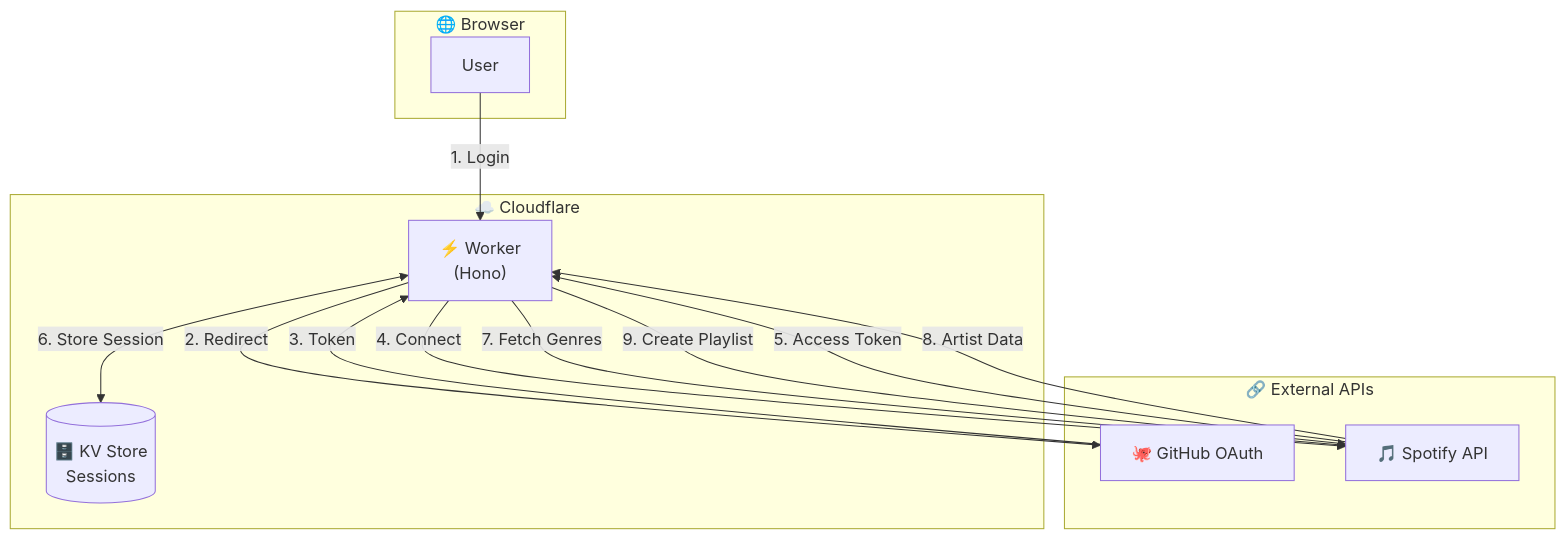
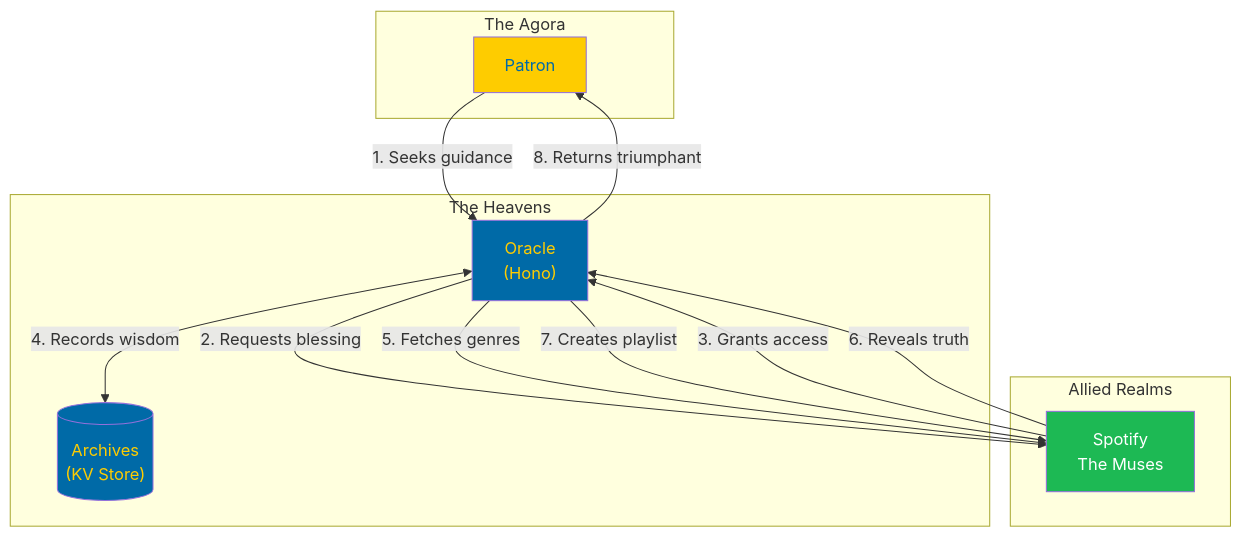
The first of 3 diagrams in README.md (TomsTech/spotify-genre-sorter), drawn with Mermaid before and after one commit. The commit also changed other lines of this file, not shown here.

````diff
--- a/README.md
+++ b/README.md
@@ -260,26 +193,29 @@
 ```mermaid
 flowchart TB
-    subgraph Client["🌐 Browser"]
-        User[User]
+    subgraph Client["The Agora"]
+        User["Patron"]
     end
 
-    subgraph CF["☁️ Cloudflare"]
-        Worker["⚡ Worker<br/>(Hono)"]
-        KV[("🗄️ KV Store<br/>Sessions")]
+    subgraph CF["The Heavens"]
+        Worker["Oracle<br/>(Hono)"]
+        KV[("Archives<br/>(KV Store)")]
     end
 
-    subgraph External["🔗 External APIs"]
-        GitHub["🐙 GitHub OAuth"]
-        Spotify["🎵 Spotify API"]
+    subgraph External["Allied Realms"]
+        Spotify["Spotify<br/>The Muses"]
     end
 
-    User -->|1. Login| Worker
-    Worker -->|2. Redirect| GitHub
-    GitHub -->|3. Token| Worker
-    Worker -->|4. Connect| Spotify
-    Spotify -->|5. Access Token| Worker
-    Worker <-->|6. Store Session| KV
-    Worker -->|7. Fetch Genres| Spotify
-    Spotify -->|8. Artist Data| Worker
-    Worker -->|9. Create Playlist| Spotify
+    User -->|"1. Seeks guidance"| Worker
+    Worker -->|"2. Requests blessing"| Spotify
+    Spotify -->|"3. Grants access"| Worker
+    Worker <-->|"4. Records wisdom"| KV
+    Worker -->|"5. Fetches genres"| Spotify
+    Spotify -->|"6. Reveals truth"| Worker
+    Worker -->|"7. Creates playlist"| Spotify
+    Worker -->|"8. Returns triumphant"| User
+
+    style User fill:#FECC00,color:#006AA7
+    style Worker fill:#006AA7,color:#FECC00
+    style KV fill:#006AA7,color:#FECC00
+    style Spotify fill:#1DB954,color:#fff
 ```
````
